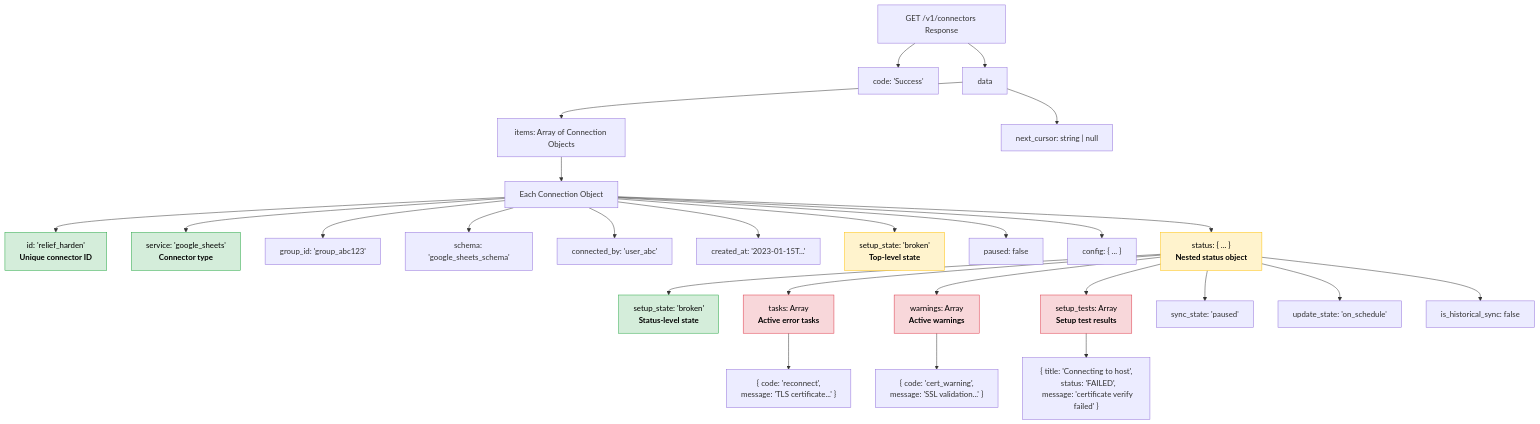
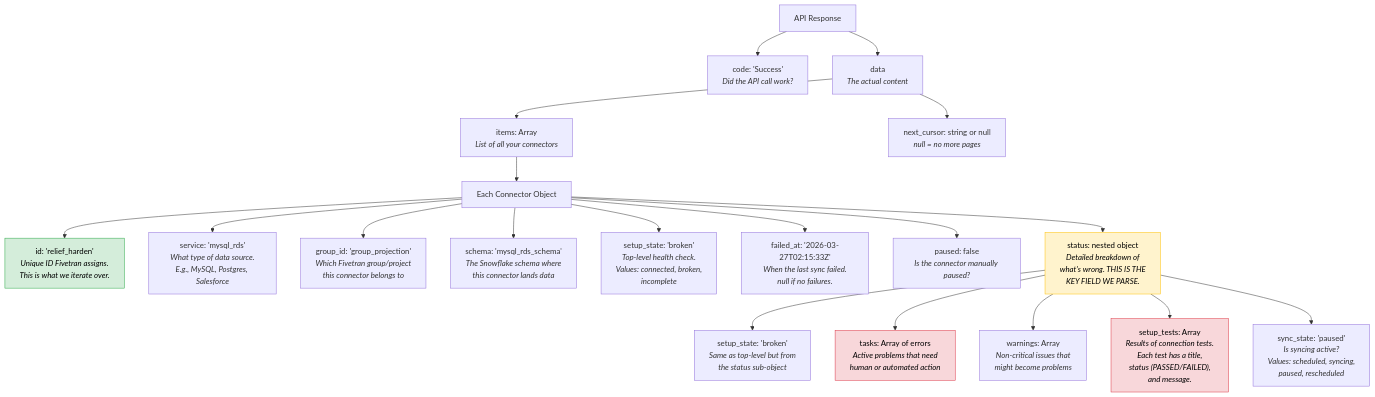
One commit to AvinashAnalytics/matillion-fivetran-tls-auto-fix changed the third of 13 diagrams in README.md. Above: the diagram before and after it, drawn with Mermaid. The commit also changed other lines of this file, not shown here.

````diff
--- a/README.md
+++ b/README.md
@@ -38,40 +229,28 @@
 ```mermaid
 flowchart TB
-    ROOT["GET /v1/connectors Response"] --> CODE["code: 'Success'"]
-    ROOT --> DATA["data"]
-    DATA --> ITEMS["items: Array of Connection Objects"]
-    DATA --> CURSOR["next_cursor: string | null"]
+    ROOT["API Response"] --> CODE["code: 'Success'<br><i>Did the API call work?</i>"]
+    ROOT --> DATA["data<br><i>The actual content</i>"]
+    DATA --> ITEMS["items: Array<br><i>List of all your connectors</i>"]
+    DATA --> CURSOR["next_cursor: string or null<br><i>null = no more pages</i>"]
 
-    ITEMS --> CONN["Each Connection Object"]
-    CONN --> ID["id: 'relief_harden'<br><b>Unique connector ID</b>"]
-    CONN --> SVC["service: 'google_sheets'<br><b>Connector type</b>"]
-    CONN --> GID["group_id: 'group_abc123'"]
-    CONN --> SCH["schema: 'google_sheets_schema'"]
-    CONN --> CB["connected_by: 'user_abc'"]
-    CONN --> CT["created_at: '2023-01-15T...'"]
-    CONN --> SS["setup_state: 'broken'<br><b>Top-level state</b>"]
-    CONN --> PAUSED["paused: false"]
-    CONN --> CFG["config: { ... }"]
-    CONN --> STATUS["status: { ... }<br><b>Nested status object</b>"]
+    ITEMS --> CONN["Each Connector Object"]
+    CONN --> ID["id: 'relief_harden'<br><i>Unique ID Fivetran assigns.<br>This is what we iterate over.</i>"]
+    CONN --> SVC["service: 'mysql_rds'<br><i>What type of data source.<br>E.g., MySQL, Postgres, Salesforce</i>"]
+    CONN --> GID["group_id: 'group_projection'<br><i>Which Fivetran group/project<br>this connector belongs to</i>"]
+    CONN --> SCH["schema: 'mysql_rds_schema'<br><i>The Snowflake schema where<br>this connector lands data</i>"]
+    CONN --> SS["setup_state: 'broken'<br><i>Top-level health check.<br>Values: connected, broken,<br>incomplete</i>"]
+    CONN --> FA["failed_at: '2026-03-27T02:15:33Z'<br><i>When the last sync failed.<br>null if no failures.</i>"]
+    CONN --> PAU["paused: false<br><i>Is the connector manually paused?</i>"]
+    CONN --> STATUS["status: nested object<br><i>Detailed breakdown of<br>what's wrong. THIS IS THE<br>KEY FIELD WE PARSE.</i>"]
 
-    STATUS --> SSS["setup_state: 'broken'<br><b>Status-level state</b>"]
-    STATUS --> TASKS["tasks: Array<br><b>Active error tasks</b>"]
-    STATUS --> WARN["warnings: Array<br><b>Active warnings</b>"]
-    STATUS --> TESTS["setup_tests: Array<br><b>Setup test results</b>"]
-    STATUS --> SYNC["sync_state: 'paused'"]
-    STATUS --> UPD["update_state: 'on_schedule'"]
-    STATUS --> HIST["is_historical_sync: false"]
-
-    TASKS --> TC["{ code: 'reconnect',<br>  message: 'TLS certificate...' }"]
-    WARN --> WC["{ code: 'cert_warning',<br>  message: 'SSL validation...' }"]
-    TESTS --> TS["{ title: 'Connecting to host',<br>  status: 'FAILED',<br>  message: 'certificate verify failed' }"]
+    STATUS --> SSS["setup_state: 'broken'<br><i>Same as top-level but from<br>the status sub-object</i>"]
+    STATUS --> TASKS["tasks: Array of errors<br><i>Active problems that need<br>human or automated action</i>"]
+    STATUS --> WARN["warnings: Array<br><i>Non-critical issues that<br>might become problems</i>"]
+    STATUS --> TESTS["setup_tests: Array<br><i>Results of connection tests.<br>Each test has a title,<br>status (PASSED/FAILED),<br>and message.</i>"]
+    STATUS --> SYNC["sync_state: 'paused'<br><i>Is syncing active?<br>Values: scheduled, syncing,<br>paused, rescheduled</i>"]
 
     style ID fill:#d4edda,stroke:#28a745,color:#000
-    style SVC fill:#d4edda,stroke:#28a745,color:#000
-    style SS fill:#fff3cd,stroke:#ffc107,color:#000
     style STATUS fill:#fff3cd,stroke:#ffc107,color:#000
-    style SSS fill:#d4edda,stroke:#28a745,color:#000
     style TASKS fill:#f8d7da,stroke:#dc3545,color:#000
-    style WARN fill:#f8d7da,stroke:#dc3545,color:#000
     style TESTS fill:#f8d7da,stroke:#dc3545,color:#000
 ```
````
